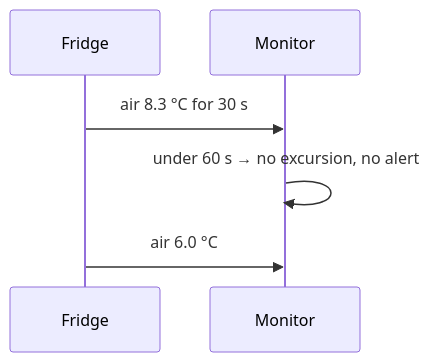
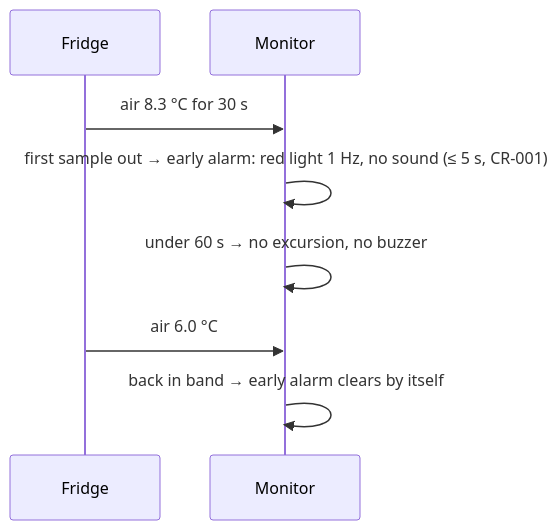
One commit to ejadahailabs/sanad-showcase-coldchain changed the second of 4 diagrams in 02-conops/scenarios.md. Above: the diagram before and after it, drawn with Mermaid. The commit also changed 54 other files, not shown here.

Commit message:
phase 11 prep: change CR-001 applied — MRTM-SYS-024 (Sanad allocator), two-tier alarm, 2 s sampling, 31-sample confirmation; model, code, tests, SP-01.11; ADR-0030/0031

````diff
--- a/02-conops/scenarios.md
+++ b/02-conops/scenarios.md
@@ -22,8 +22,10 @@
 ```mermaid
 sequenceDiagram
     participant F as Fridge
     participant M as Monitor
     F->>M: air 8.3 °C for 30 s
-    M->>M: under 60 s → no excursion, no alert
+    M->>M: first sample out → early alarm: red light 1 Hz, no sound (≤ 5 s, CR-001)
+    M->>M: under 60 s → no excursion, no buzzer
     F->>M: air 6.0 °C
+    M->>M: back in band → early alarm clears by itself
 ```
````
